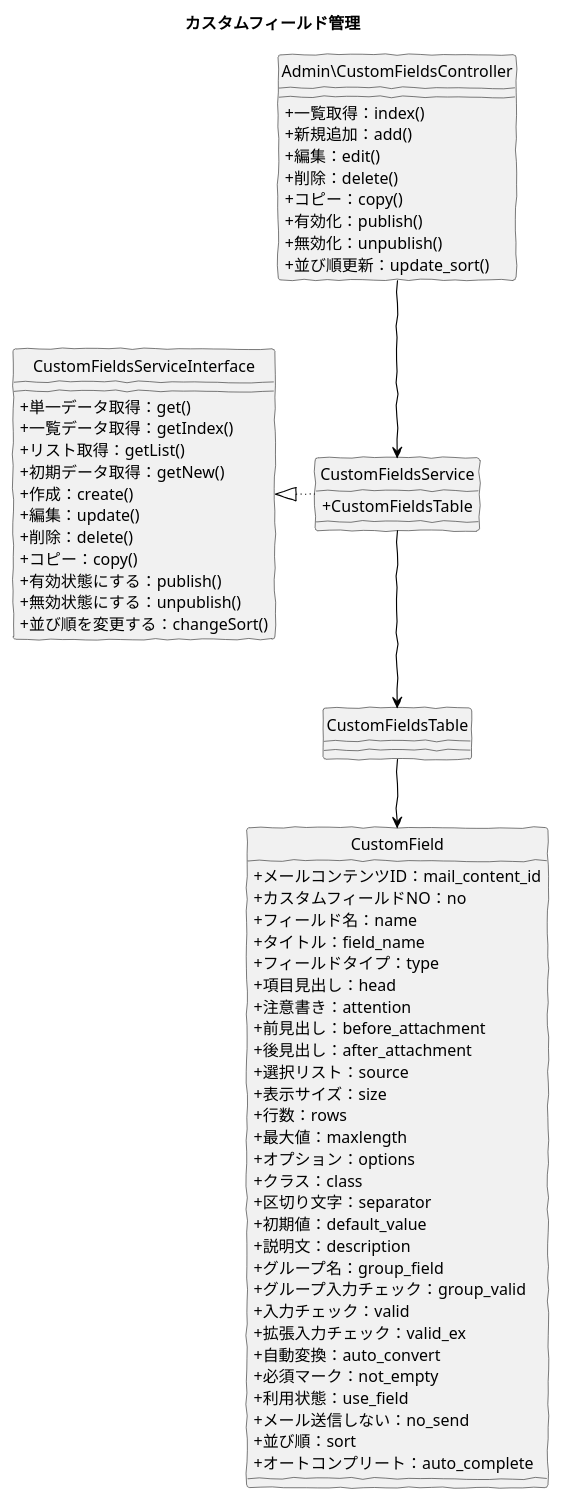
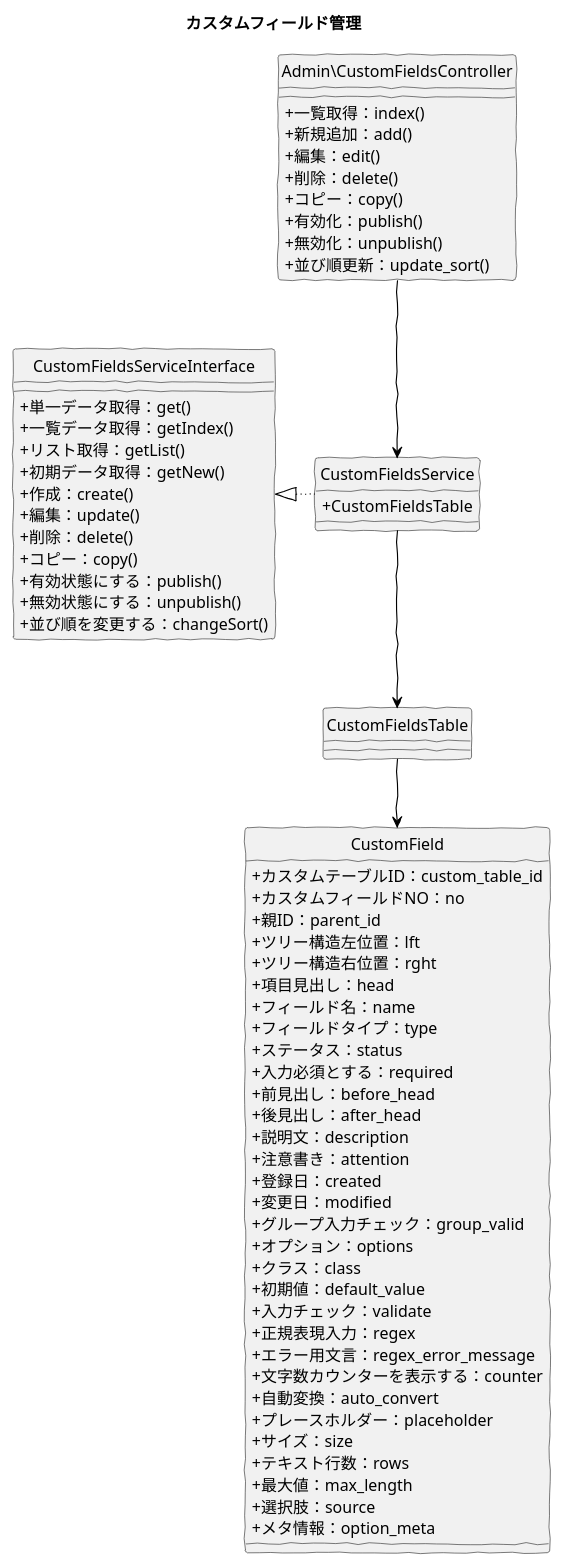
Before and after one commit to baserproject/baserproject.github.io: the diagram in src/puml/5/ucmitz/svg/class/bc-custom-content/manage_custom_fields.puml, drawn with PlantUML. The commit also changed 3 other files, not shown here.

```diff
--- a/src/puml/5/ucmitz/svg/class/bc-custom-content/manage_custom_fields.puml
+++ b/src/puml/5/ucmitz/svg/class/bc-custom-content/manage_custom_fields.puml
@@ -1,77 +1,80 @@
 @startuml
 skinparam handwritten true
 skinparam backgroundColor white
 hide circle
 skinparam classAttributeIconSize 0
 
 title カスタムフィールド管理
 
 class Admin\CustomFieldsController {
   + 一覧取得：index()
   + 新規追加：add()
   + 編集：edit()
   + 削除：delete()
   + コピー：copy()
   + 有効化：publish()
   + 無効化：unpublish()
   + 並び順更新：update_sort()
 }
 
 class CustomFieldsService {
   + CustomFieldsTable
 }
 
 class CustomFieldsServiceInterface {
   + 単一データ取得：get()
   + 一覧データ取得：getIndex()
   + リスト取得：getList()
   + 初期データ取得：getNew()
   + 作成：create()
   + 編集：update()
   + 削除：delete()
   + コピー：copy()
   + 有効状態にする：publish()
   + 無効状態にする：unpublish()
   + 並び順を変更する：changeSort()
 }
 
 class CustomFieldsTable {
 }
 
 class CustomField {
-	+ メールコンテンツID：mail_content_id
+	+ カスタムテーブルID：custom_table_id
 	+ カスタムフィールドNO：no
+	+ 親ID：parent_id
+	+ ツリー構造左位置：lft
+	+ ツリー構造右位置：rght
+	+ 項目見出し：head
 	+ フィールド名：name
-	+ タイトル：field_name
 	+ フィールドタイプ：type
-	+ 項目見出し：head
+	+ ステータス：status
+	+ 入力必須とする：required
+	+ 前見出し：before_head
+	+ 後見出し：after_head
+	+ 説明文：description
 	+ 注意書き：attention
-	+ 前見出し：before_attachment
-	+ 後見出し：after_attachment
-	+ 選択リスト：source
-	+ 表示サイズ：size
-	+ 行数：rows
-	+ 最大値：maxlength
+	+ 登録日：created
+	+ 変更日：modified
+	+ グループ入力チェック：group_valid
 	+ オプション：options
 	+ クラス：class
-	+ 区切り文字：separator
 	+ 初期値：default_value
-	+ 説明文：description
-	+ グループ名：group_field
-	+ グループ入力チェック：group_valid
-	+ 入力チェック：valid
-	+ 拡張入力チェック：valid_ex
+	+ 入力チェック：validate
+	+ 正規表現入力：regex
+	+ エラー用文言：regex_error_message
+	+ 文字数カウンターを表示する：counter
 	+ 自動変換：auto_convert
-	+ 必須マーク：not_empty
-	+ 利用状態：use_field
-	+ メール送信しない：no_send
-	+ 並び順：sort
-	+ オートコンプリート：auto_complete
+	+ プレースホルダー：placeholder
+	+ サイズ：size
+	+ テキスト行数：rows
+	+ 最大値：max_length
+	+ 選択肢：source
+	+ メタ情報：option_meta
 }
 
 Admin\CustomFieldsController -down[#Black]-> CustomFieldsService
 CustomFieldsService -down[#Black]-> CustomFieldsTable
 CustomFieldsService -left[dotted,#Black]-|> CustomFieldsServiceInterface
 CustomFieldsTable -down[#Black]-> CustomField
 
 @enduml
```
